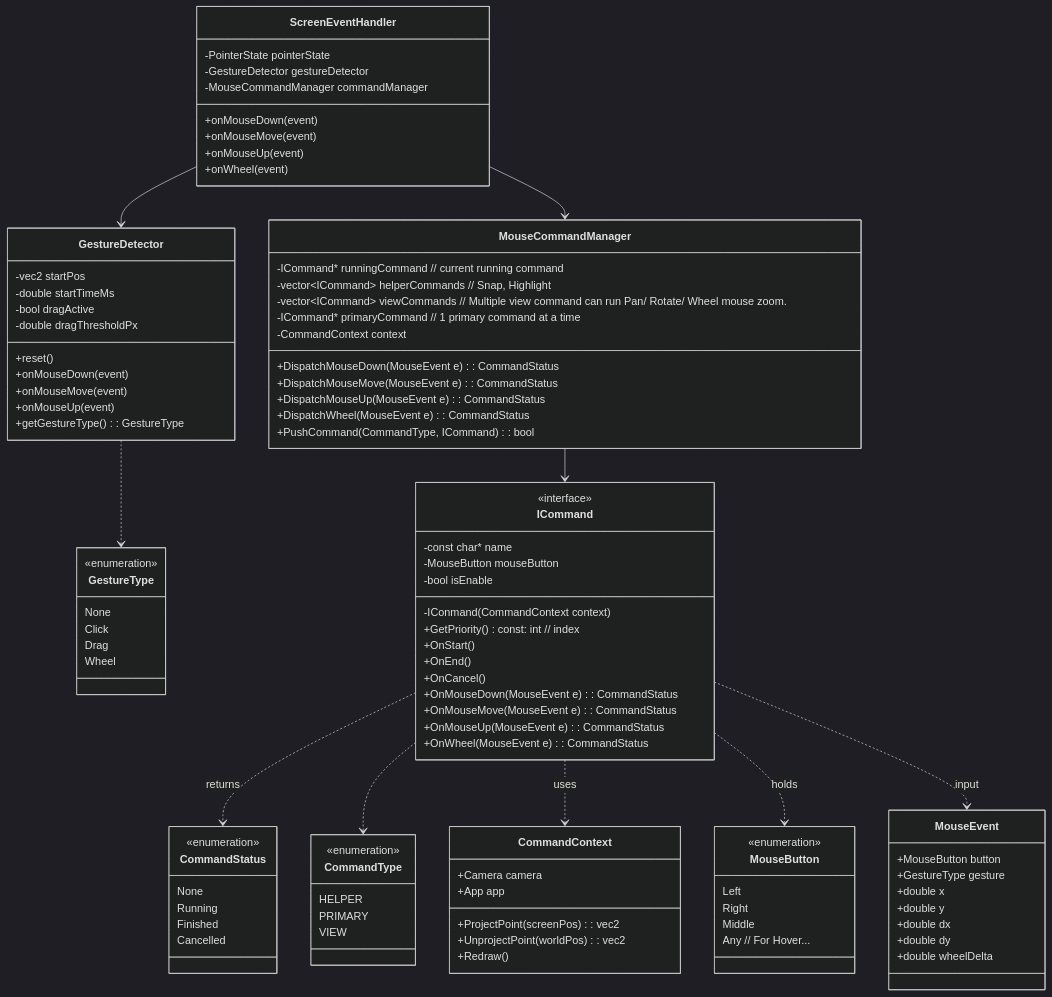
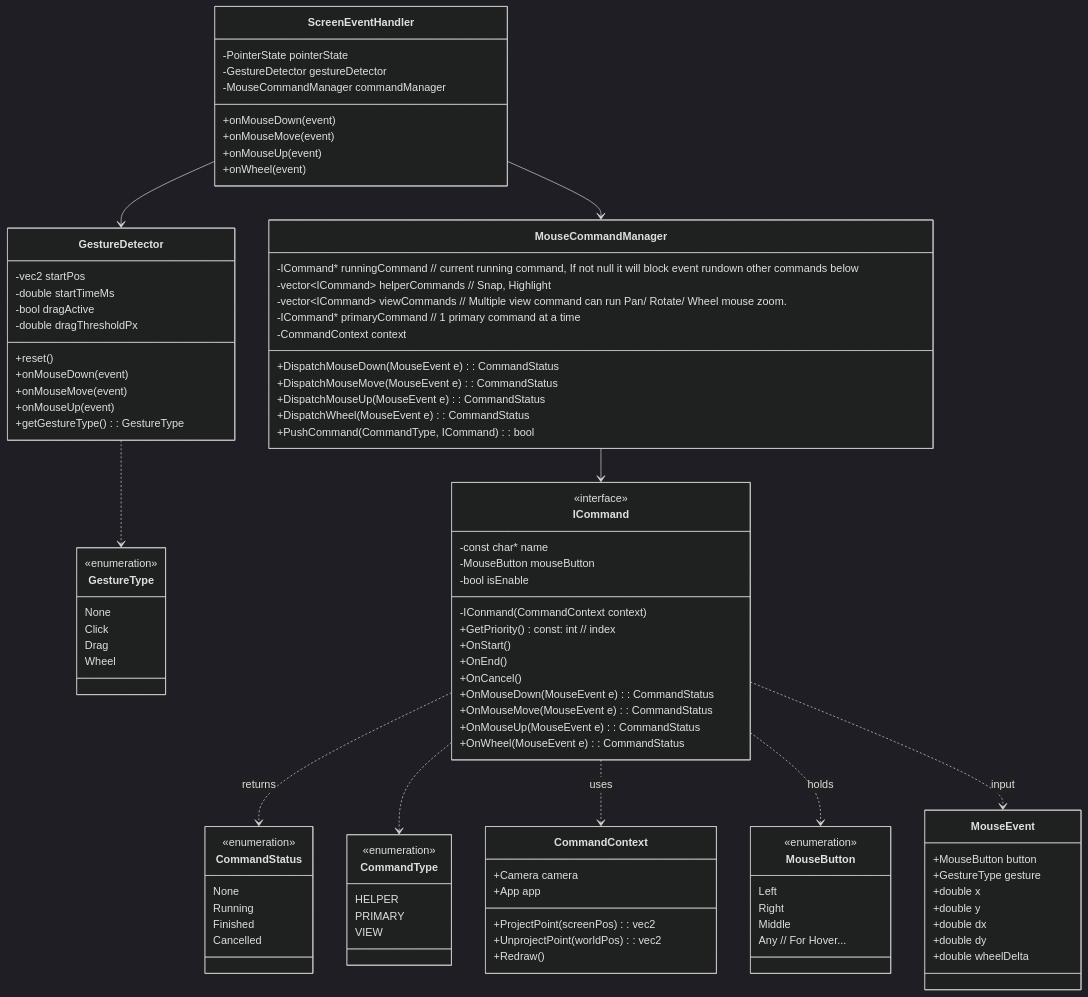
One commit to vfa-khaidt1/vfa-cdn changed the first of 3 diagrams in Final.md. Above: the diagram before and after it, drawn with Mermaid (dark theme).

```diff
--- a/Final.md
+++ b/Final.md
@@ -89,7 +89,7 @@
 
 
     class MouseCommandManager {
-        -ICommand* runningCommand // current running command
+        -ICommand* runningCommand // current running command, If not null it will block event rundown other commands below
         -vector~ICommand~ helperCommands // Snap, Highlight
         -vector~ICommand~ viewCommands // Multiple view command can run Pan/ Rotate/ Wheel mouse zoom.
         -ICommand* primaryCommand // 1 primary command at a time
```
